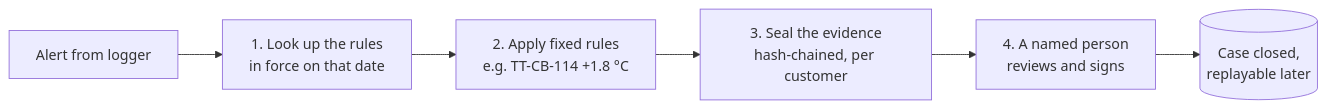
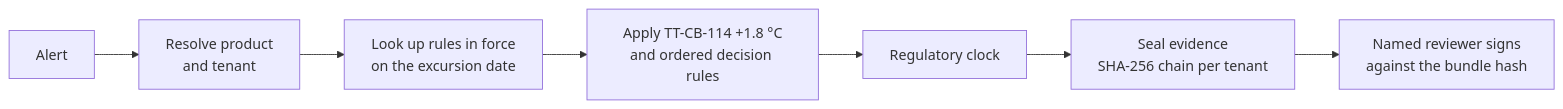
Before and after one commit to Zulfiqar7862/kestrel-adjudication-case-study: the diagram in README.md, drawn with Mermaid. The commit also changed other lines of this file and 51 other files, not shown here.

First line of the commit message:
Production package: modular src layout, named decision rules, tests, CI, Docker, docs

````diff
--- a/README.md
+++ b/README.md
@@ -25,8 +64,9 @@
 ```mermaid
 flowchart LR
-    A[Alert from logger] --> B[1. Look up the rules<br/>in force on that date]
-    B --> C[2. Apply fixed rules<br/>e.g. TT-CB-114 +1.8 °C]
-    C --> D[3. Seal the evidence<br/>hash-chained, per customer]
-    D --> E[4. A named person<br/>reviews and signs]
-    E --> F[(Case closed,<br/>replayable later)]
+    A[Alert] --> B[Resolve product<br/>and tenant]
+    B --> C[Look up rules in force<br/>on the excursion date]
+    C --> D[Apply TT-CB-114 +1.8 °C<br/>and ordered decision rules]
+    D --> E[Regulatory clock]
+    E --> F[Seal evidence<br/>SHA-256 chain per tenant]
+    F --> G[Named reviewer signs<br/>against the bundle hash]
 ```
````
